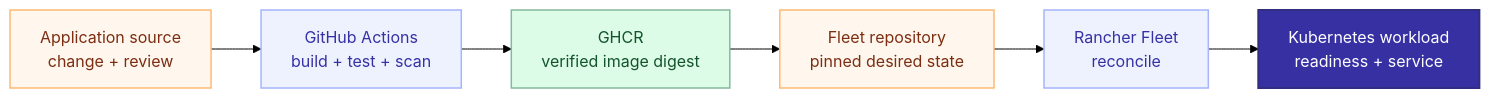
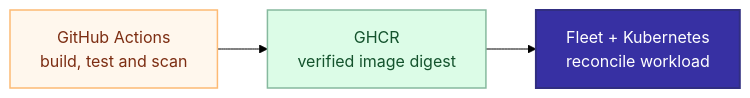
One commit to Paul1404/astro-portfolio changed the diagram in docs/diagrams/vertex/en-delivery.mmd. Above: the diagram before and after it, drawn with Mermaid (forest theme). The commit also changed 15 other files, not shown here.

Commit message:
Make Vertex diagrams fit their layouts (#164)

```diff
--- a/docs/diagrams/vertex/en-delivery.mmd
+++ b/docs/diagrams/vertex/en-delivery.mmd
@@ -1,12 +1,7 @@
 flowchart LR
   accTitle: Application delivery to Vertex
-  accDescr: A change to application source is tested and scanned in GitHub Actions. Verified images are published to GHCR and their immutable digests are promoted into the private Fleet repository. Rancher Fleet reconciles Kubernetes workloads, which perform readiness checks before serving traffic.
-  Source["Application source<br/>change + review"]:::source --> CI["GitHub Actions<br/>build + test + scan"]:::control
-  CI --> Image["GHCR<br/>verified image digest"]:::storage
-  Image --> Git["Fleet repository<br/>pinned desired state"]:::source
-  Git --> Fleet["Rancher Fleet<br/>reconcile"]:::control
-  Fleet --> K8s["Kubernetes workload<br/>readiness + service"]:::gateway
+  accDescr: GitHub Actions builds, tests and scans source changes. Verified images are published to GHCR, then their digests are promoted into the private Fleet repository. Fleet reconciles Kubernetes workloads.
+  Build["GitHub Actions<br/>build, test and scan"]:::source --> Image["GHCR<br/>verified image digest"]:::storage --> Deploy["Fleet + Kubernetes<br/>reconcile workload"]:::gateway
   classDef source fill:#fff7ed,stroke:#fdba74,color:#7c2d12,stroke-width:1.5px
-  classDef control fill:#eef2ff,stroke:#a5b4fc,color:#3730a3,stroke-width:1.5px
   classDef storage fill:#dcfce7,stroke:#86b99e,color:#14532d,stroke-width:1.5px
   classDef gateway fill:#3730a3,stroke:#312e81,color:#ffffff,stroke-width:2px
```
